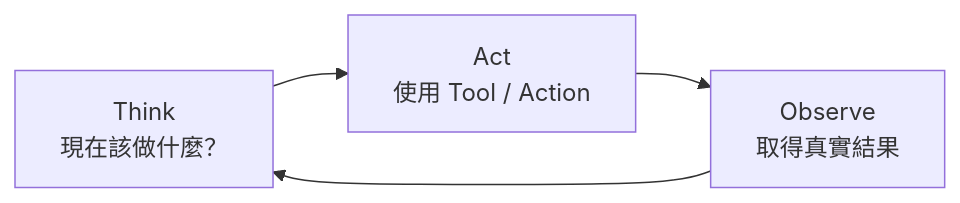
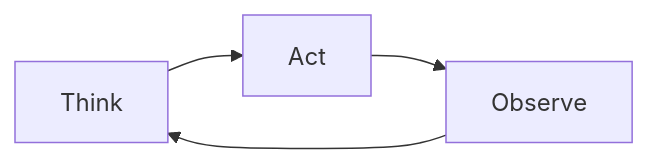
One commit to indigofeather/harness-book changed the third of 3 diagrams in docs/intro.md. Above: the diagram before and after it, drawn with Mermaid. The commit also changed other lines of this file and 48 other files, not shown here.

````diff
--- a/docs/intro.md
+++ b/docs/intro.md
@@ -141,6 +136,6 @@
 ```mermaid
 flowchart LR
-  A[Think\n現在該做什麼？] --> B[Act\n使用 Tool / Action]
-  B --> C[Observe\n取得真實結果]
+  A[Think] --> B[Act]
+  B --> C[Observe]
   C --> A
 ```
````
